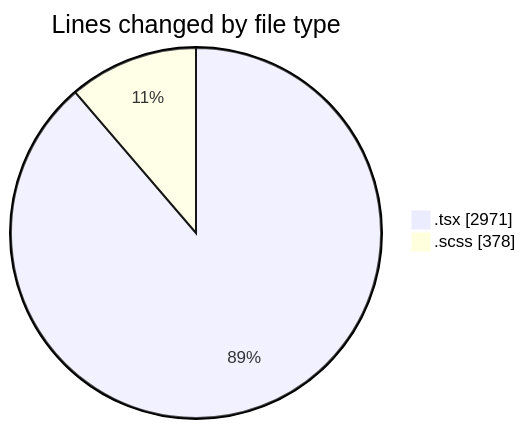
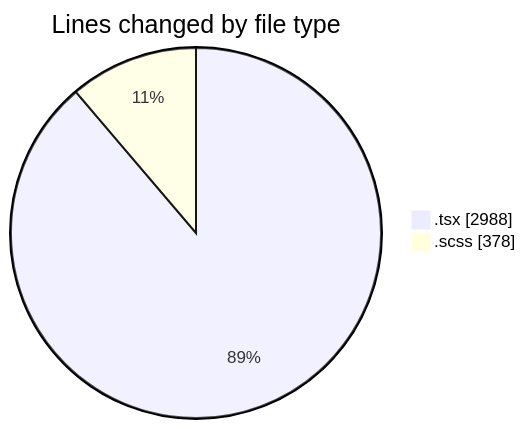
One commit to momahboobian/code-tracking changed the first of 2 diagrams in 2025-09-30/cda/README.md. Above: the diagram before and after it, drawn with Mermaid. The commit also changed other lines of this file and 1 other file, not shown here.

````diff
--- a/2025-09-30/cda/README.md
+++ b/2025-09-30/cda/README.md
@@ -23,6 +23,6 @@
 ```mermaid
 pie showData
 title Lines changed by file type
-".tsx" : 2971
+".tsx" : 2988
 ".scss" : 378
 ```
````
